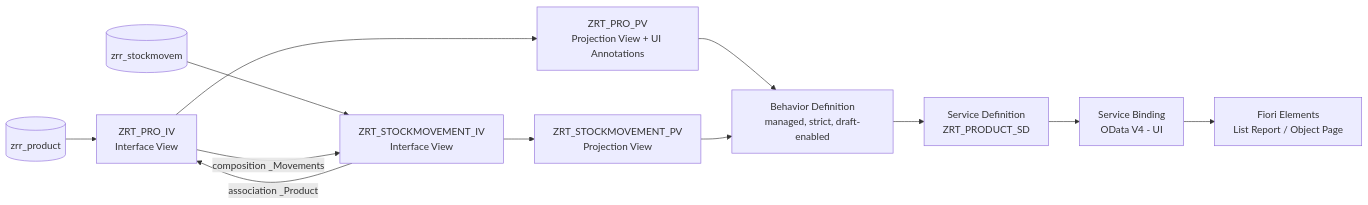
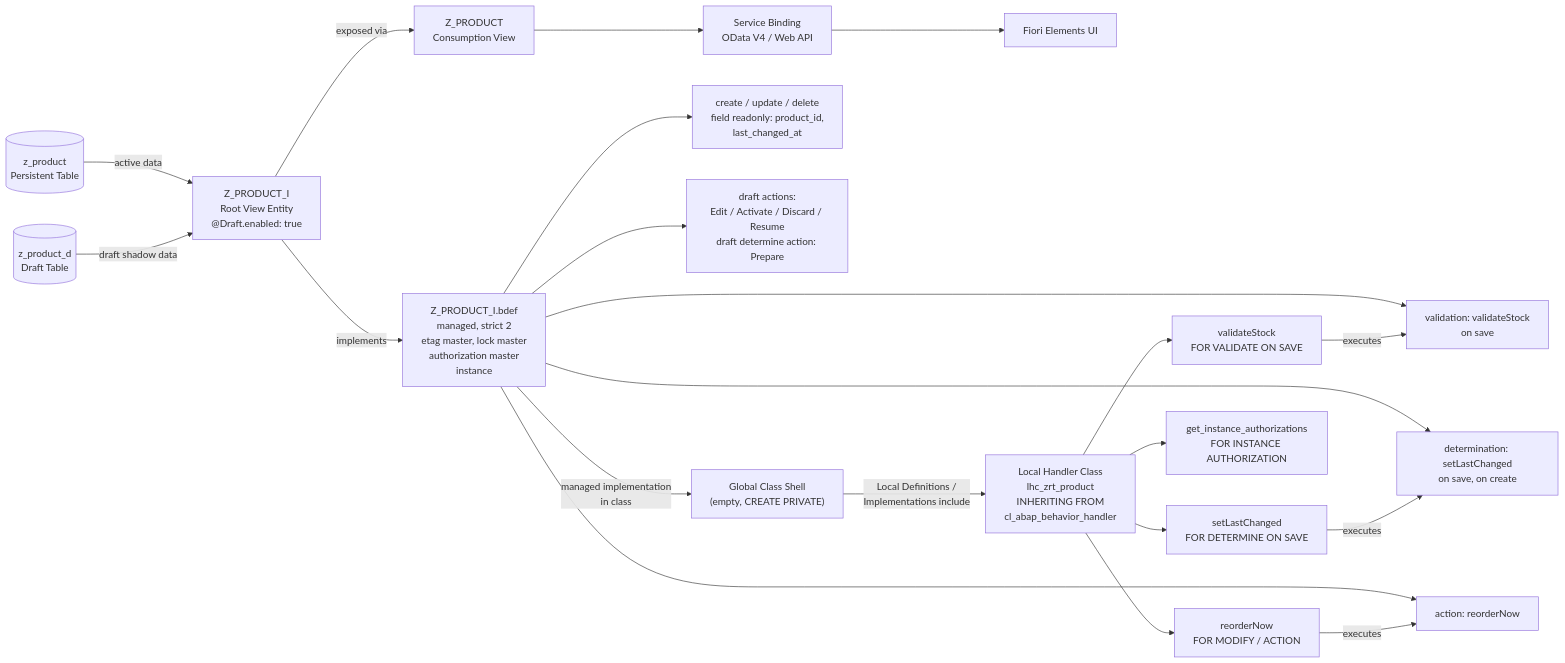
Before and after one commit to Callitacodeitsmine/SAP-ABAP: the second of 2 diagrams in README.md, drawn with Mermaid. The commit also changed other lines of this file, not shown here.

````diff
--- a/README.md
+++ b/README.md
@@ -35,14 +35,35 @@
 ```mermaid
 flowchart LR
-    DB1[(zrr_product)] --> IV1[ZRT_PRO_IV<br/>Interface View]
-    DB2[(zrr_stockmovem)] --> IV2[ZRT_STOCKMOVEMENT_IV<br/>Interface View]
-    IV1 -- composition _Movements --> IV2
-    IV2 -- association _Product --> IV1
-    IV1 --> PV1[ZRT_PRO_PV<br/>Projection View + UI Annotations]
-    IV2 --> PV2[ZRT_STOCKMOVEMENT_PV<br/>Projection View]
-    PV1 --> BDEF[Behavior Definition<br/>managed, strict, draft-enabled]
-    PV2 --> BDEF
-    BDEF --> SD[Service Definition<br/>ZRT_PRODUCT_SD]
-    SD --> SB[Service Binding<br/>OData V4 - UI]
-    SB --> Fiori[Fiori Elements<br/>List Report / Object Page]
+    DB1[(z_product<br/>Persistent Table)]
+    DB2[(z_product_d<br/>Draft Table)]
+
+    DB1 -->|active data| ROOT[Z_PRODUCT_I<br/>Root View Entity<br/>@Draft.enabled: true]
+    DB2 -->|draft shadow data| ROOT
+
+    ROOT -->|exposed via| CV[Z_PRODUCT<br/>Consumption View]
+    ROOT -->|implements| BDEF[Z_PRODUCT_I.bdef<br/>managed, strict 2<br/>etag master, lock master<br/>authorization master<br/>instance]
+
+    CV --> SB[Service Binding<br/>OData V4 / Web API]
+    SB --> Fiori[Fiori Elements UI]
+
+    BDEF --> CRUD[create / update / delete<br/>field readonly: product_id,<br/>last_changed_at]
+
+    BDEF --> DRAFT[draft actions:<br/>Edit / Activate / Discard / Resume<br/>draft determine action: Prepare]
+
+    BDEF --> VAL[validation: validateStock<br/>on save]
+    BDEF --> DET[determination: setLastChanged<br/>on save, on create]
+    BDEF --> ACT[action: reorderNow]
+
+    BDEF -->|managed implementation<br/>in class| GCS["Global Class Shell<br/>(empty, CREATE PRIVATE)"]
+
+    GCS -->|Local Definitions /<br/>Implementations include| LHC[Local Handler Class<br/>lhc_zrt_product<br/>INHERITING FROM<br/>cl_abap_behavior_handler]
+
+    LHC --> VS[validateStock<br/>FOR VALIDATE ON SAVE]
+    LHC --> SL[setLastChanged<br/>FOR DETERMINE ON SAVE]
+    LHC --> RN[reorderNow<br/>FOR MODIFY / ACTION]
+    LHC --> IA[get_instance_authorizations<br/>FOR INSTANCE AUTHORIZATION]
+
+    VS -->|executes| VAL
+    SL -->|executes| DET
+    RN -->|executes| ACT
 ```
````
